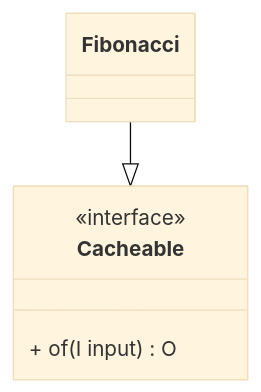
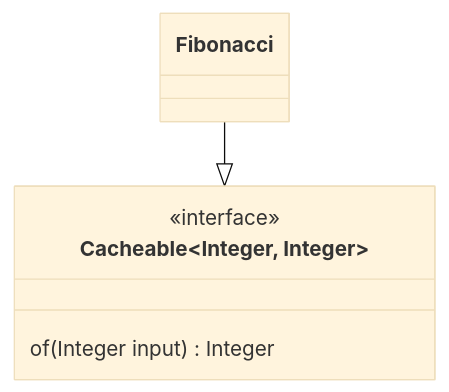
One commit to matheusg-morillo/proxywithmemo changed the diagram in readme.md. Above: the diagram before and after it, drawn with Mermaid (base theme).

Commit message:
Improve class diagram

````diff
--- a/readme.md
+++ b/readme.md
@@ -26,11 +26,12 @@
 ```mermaid
 classDiagram
 
-Fibonacci --|> Cacheable
+Fibonacci --|> Cacheable~Integer, Integer~
 
 class Cacheable~I, O~ {
  <<interface>>
     
- + of(I input) O
+ of(Integer input) Integer
 }
+
 ```
````
